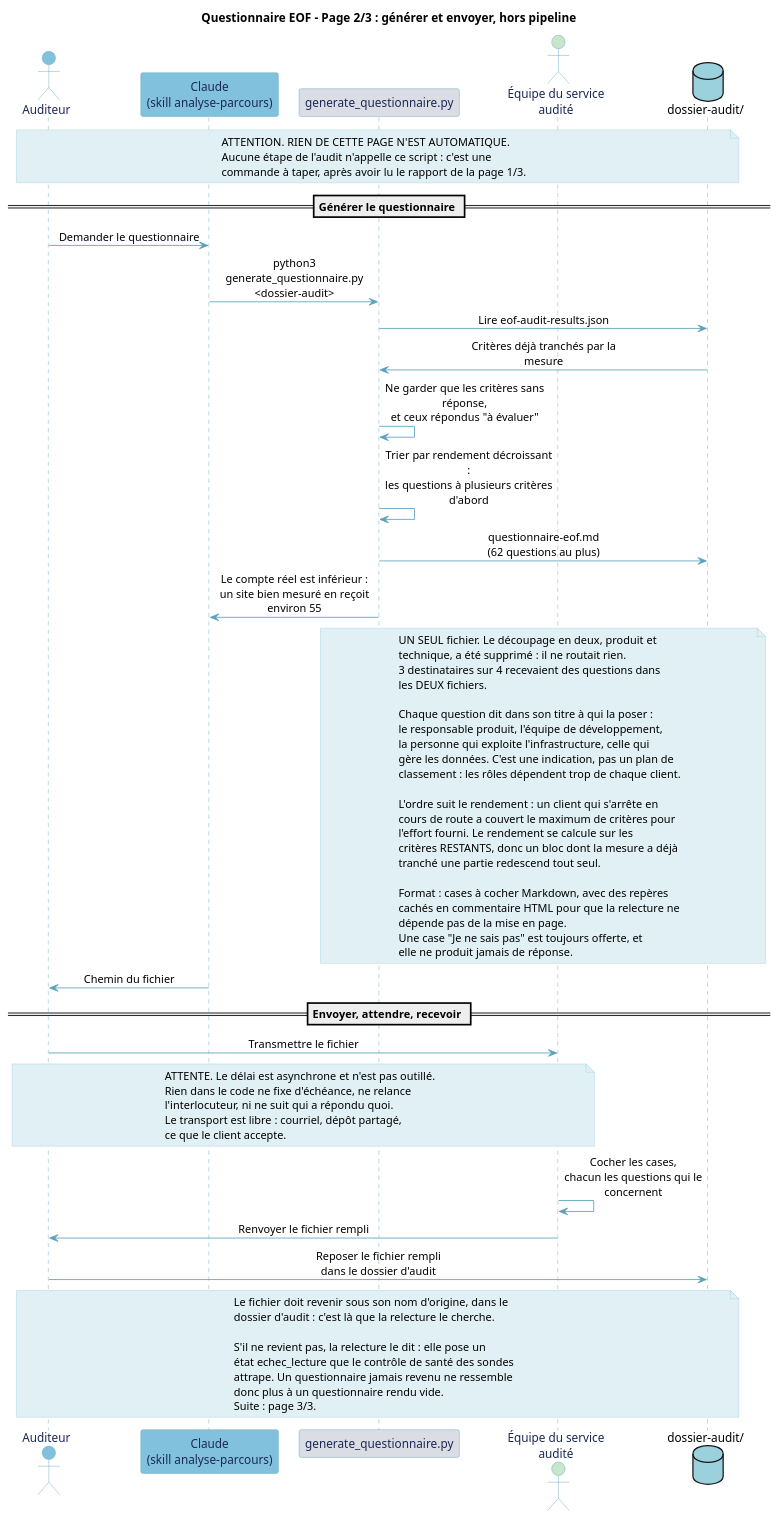
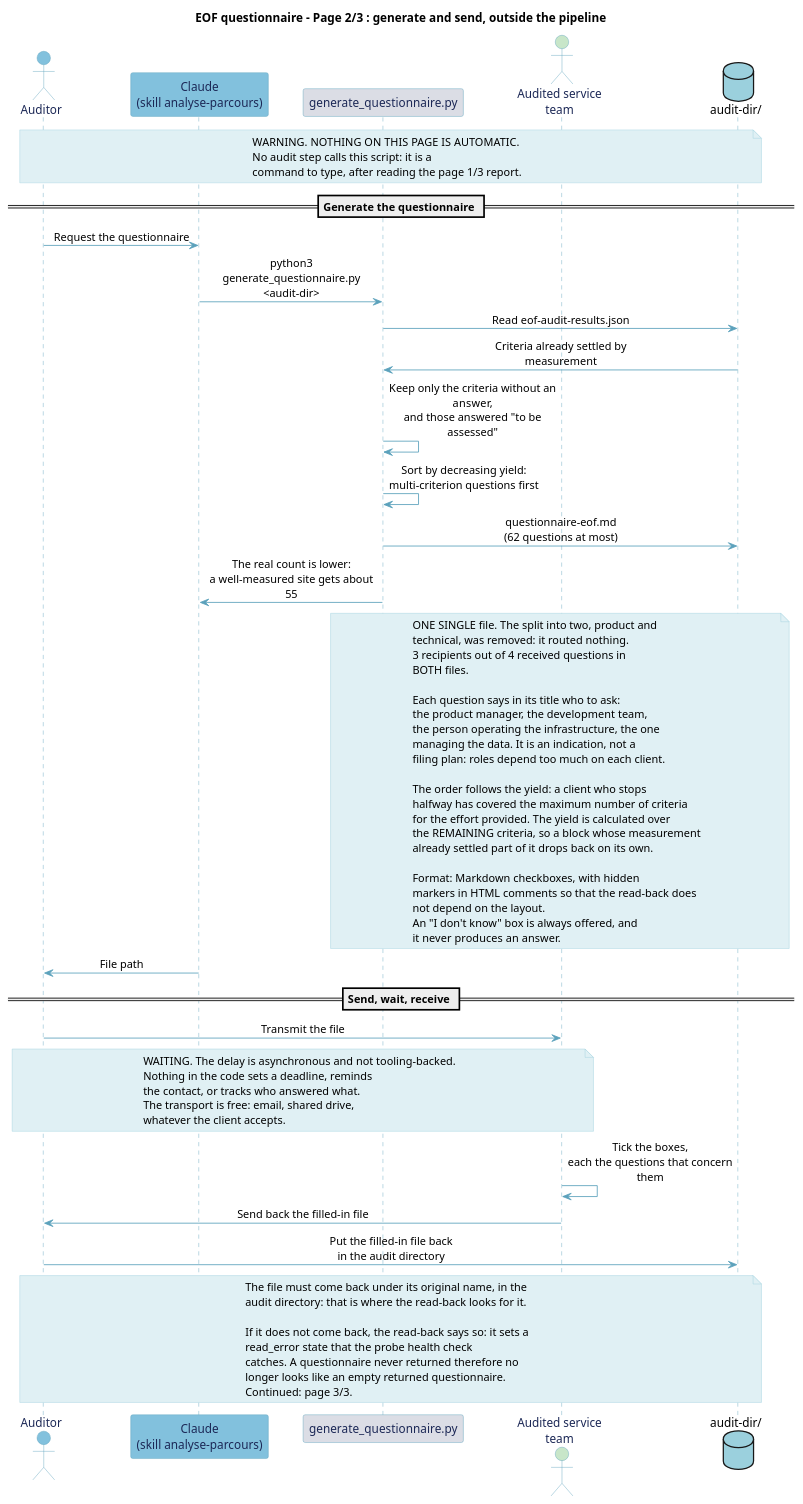
One commit to Boavizta/eroom changed the diagram in documentation/diagrammes/eof-questionnaire-sequence-p2.puml. Above: the diagram before and after it, drawn with PlantUML. The commit also changed 228 other files, not shown here.

```diff
--- a/documentation/diagrammes/eof-questionnaire-sequence-p2.puml
+++ b/documentation/diagrammes/eof-questionnaire-sequence-p2.puml
@@ -1,102 +1,102 @@
 @startuml eof-questionnaire-sequence-p2
-title Questionnaire EOF - Page 2/3 : générer et envoyer, hors pipeline
+title EOF questionnaire - Page 2/3 : generate and send, outside the pipeline
 
 skinparam backgroundColor #FFFFFF
 skinparam participant {
   BackgroundColor #E0F0F4
   BorderColor #5BA1BC
   FontColor #1C2856
 }
 skinparam actor {
   BackgroundColor #E0F0F4
   BorderColor #5BA1BC
   FontColor #1C2856
 }
 skinparam ArrowColor #5BA1BC
 skinparam SequenceLifeLineBorderColor #5BA1BC
 skinparam SequenceGroupBodyBackgroundColor #ECECF2
 skinparam SequenceGroupBorderColor #5BA1BC
 skinparam NoteBackgroundColor #E0F0F4
 skinparam NoteBorderColor #9BD0DD
 skinparam sequenceMessageAlign center
 skinparam maxMessageSize 200
 skinparam responseMessageBelowArrow true
 
-actor "Auditeur" as U #82C1DD
+actor "Auditor" as U #82C1DD
 participant "Claude\n(skill analyse-parcours)" as C #82C1DD
 participant "generate_questionnaire.py" as GQ #DBDDE5
-actor "Équipe du service\naudité" as I #C8E6C9
-database "dossier-audit/" as FS #9BD0DD
+actor "Audited service\nteam" as I #C8E6C9
+database "audit-dir/" as FS #9BD0DD
 
 note over U, FS
-  ATTENTION. RIEN DE CETTE PAGE N'EST AUTOMATIQUE.
-  Aucune étape de l'audit n'appelle ce script : c'est une
-  commande à taper, après avoir lu le rapport de la page 1/3.
+  WARNING. NOTHING ON THIS PAGE IS AUTOMATIC.
+  No audit step calls this script: it is a
+  command to type, after reading the page 1/3 report.
 end note
 
-== Générer le questionnaire ==
+== Generate the questionnaire ==
 
-U -> C : Demander le questionnaire
-C -> GQ : python3 generate_questionnaire.py <dossier-audit>
-GQ -> FS : Lire eof-audit-results.json
-FS -> GQ : Critères déjà tranchés par la mesure
-GQ -> GQ : Ne garder que les critères sans réponse,\net ceux répondus "à évaluer"
-GQ -> GQ : Trier par rendement décroissant :\nles questions à plusieurs critères d'abord
-GQ -> FS : questionnaire-eof.md\n(62 questions au plus)
-GQ -> C : Le compte réel est inférieur :\nun site bien mesuré en reçoit environ 55
+U -> C : Request the questionnaire
+C -> GQ : python3 generate_questionnaire.py <audit-dir>
+GQ -> FS : Read eof-audit-results.json
+FS -> GQ : Criteria already settled by measurement
+GQ -> GQ : Keep only the criteria without an answer,\nand those answered "to be assessed"
+GQ -> GQ : Sort by decreasing yield:\nmulti-criterion questions first
+GQ -> FS : questionnaire-eof.md\n(62 questions at most)
+GQ -> C : The real count is lower:\na well-measured site gets about 55
 
 note over GQ, FS
-  UN SEUL fichier. Le découpage en deux, produit et
-  technique, a été supprimé : il ne routait rien.
-  3 destinataires sur 4 recevaient des questions dans
-  les DEUX fichiers.
+  ONE SINGLE file. The split into two, product and
+  technical, was removed: it routed nothing.
+  3 recipients out of 4 received questions in
+  BOTH files.
 
-  Chaque question dit dans son titre à qui la poser :
-  le responsable produit, l'équipe de développement,
-  la personne qui exploite l'infrastructure, celle qui
-  gère les données. C'est une indication, pas un plan de
-  classement : les rôles dépendent trop de chaque client.
+  Each question says in its title who to ask:
+  the product manager, the development team,
+  the person operating the infrastructure, the one
+  managing the data. It is an indication, not a
+  filing plan: roles depend too much on each client.
 
-  L'ordre suit le rendement : un client qui s'arrête en
-  cours de route a couvert le maximum de critères pour
-  l'effort fourni. Le rendement se calcule sur les
-  critères RESTANTS, donc un bloc dont la mesure a déjà
-  tranché une partie redescend tout seul.
+  The order follows the yield: a client who stops
+  halfway has covered the maximum number of criteria
+  for the effort provided. The yield is calculated over
+  the REMAINING criteria, so a block whose measurement
+  already settled part of it drops back on its own.
 
-  Format : cases à cocher Markdown, avec des repères
-  cachés en commentaire HTML pour que la relecture ne
-  dépende pas de la mise en page.
-  Une case "Je ne sais pas" est toujours offerte, et
-  elle ne produit jamais de réponse.
+  Format: Markdown checkboxes, with hidden
+  markers in HTML comments so that the read-back does
+  not depend on the layout.
+  An "I don't know" box is always offered, and
+  it never produces an answer.
 end note
 
-C -> U : Chemin du fichier
+C -> U : File path
 
-== Envoyer, attendre, recevoir ==
+== Send, wait, receive ==
 
-U -> I : Transmettre le fichier
+U -> I : Transmit the file
 
 note over U, I
-  ATTENTE. Le délai est asynchrone et n'est pas outillé.
-  Rien dans le code ne fixe d'échéance, ne relance
-  l'interlocuteur, ni ne suit qui a répondu quoi.
-  Le transport est libre : courriel, dépôt partagé,
-  ce que le client accepte.
+  WAITING. The delay is asynchronous and not tooling-backed.
+  Nothing in the code sets a deadline, reminds
+  the contact, or tracks who answered what.
+  The transport is free: email, shared drive,
+  whatever the client accepts.
 end note
 
-I -> I : Cocher les cases,\nchacun les questions qui le concernent
-I -> U : Renvoyer le fichier rempli
-U -> FS : Reposer le fichier rempli\ndans le dossier d'audit
+I -> I : Tick the boxes,\neach the questions that concern them
+I -> U : Send back the filled-in file
+U -> FS : Put the filled-in file back\nin the audit directory
 
 note over U, FS
-  Le fichier doit revenir sous son nom d'origine, dans le
-  dossier d'audit : c'est là que la relecture le cherche.
+  The file must come back under its original name, in the
+  audit directory: that is where the read-back looks for it.
 
-  S'il ne revient pas, la relecture le dit : elle pose un
-  état echec_lecture que le contrôle de santé des sondes
-  attrape. Un questionnaire jamais revenu ne ressemble
-  donc plus à un questionnaire rendu vide.
-  Suite : page 3/3.
+  If it does not come back, the read-back says so: it sets a
+  read_error state that the probe health check
+  catches. A questionnaire never returned therefore no
+  longer looks like an empty returned questionnaire.
+  Continued: page 3/3.
 end note
 
 @enduml
```
